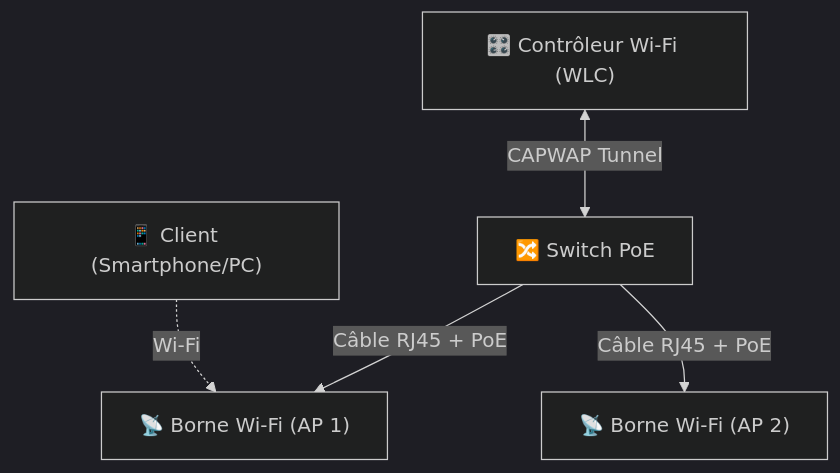
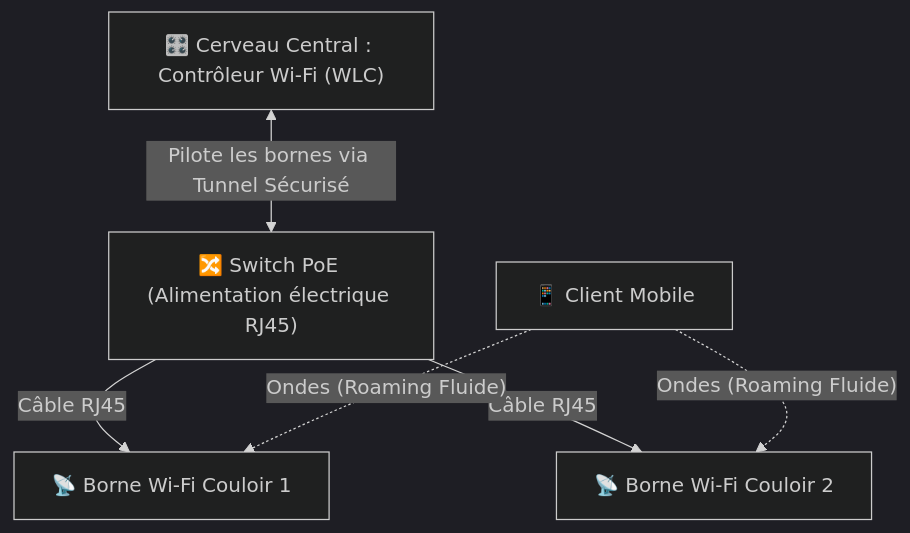
One commit to MontSekai/Documentations changed the diagram in docs/Reseau/wifi.md. Above: the diagram before and after it, drawn with Mermaid (dark theme). The commit also changed other lines of this file and 50 other files, not shown here.

````diff
--- a/docs/Reseau/wifi.md
+++ b/docs/Reseau/wifi.md
@@ -39,13 +46,14 @@
 ```mermaid
 graph TD
-    WLC["🎛️ Contrôleur Wi-Fi (WLC)"]
-    SW["🔀 Switch PoE"]
-    AP1["📡 Borne Wi-Fi (AP 1)"]
-    AP2["📡 Borne Wi-Fi (AP 2)"]
-    CLIENT["📱 Client (Smartphone/PC)"]
+    WLC["🎛️ Cerveau Central : Contrôleur Wi-Fi (WLC)"]
+    SW["🔀 Switch PoE (Alimentation électrique RJ45)"]
+    AP1["📡 Borne Wi-Fi Couloir 1"]
+    AP2["📡 Borne Wi-Fi Couloir 2"]
+    CLIENT["📱 Client Mobile"]
 
-    WLC <-->|"CAPWAP Tunnel"| SW
-    SW -- "Câble RJ45 + PoE" --> AP1
-    SW -- "Câble RJ45 + PoE" --> AP2
-    CLIENT -. "Wi-Fi" .-> AP1
+    WLC <-->|"Pilote les bornes via Tunnel Sécurisé"| SW
+    SW -- "Câble RJ45" --> AP1
+    SW -- "Câble RJ45" --> AP2
+    CLIENT -. "Ondes (Roaming Fluide)" .-> AP1
+    CLIENT -. "Ondes (Roaming Fluide)" .-> AP2
 ```
````
